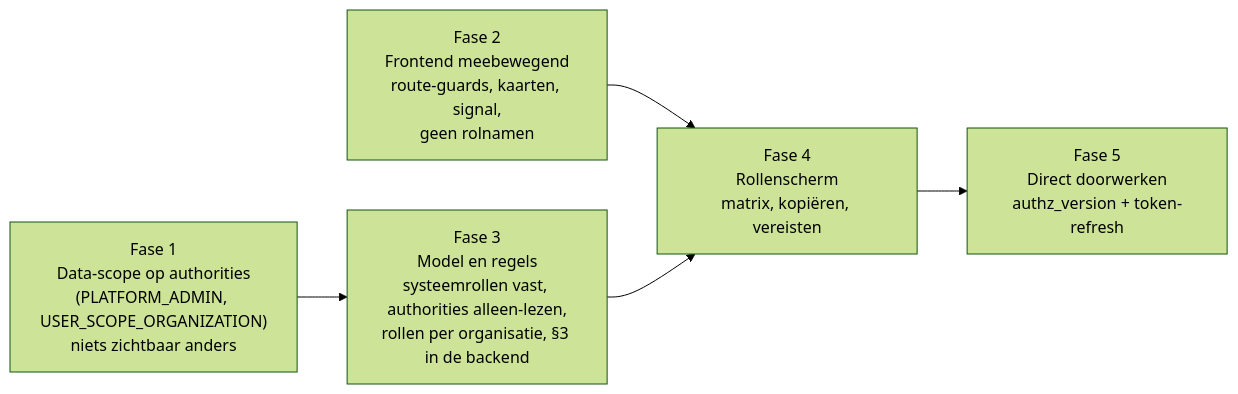
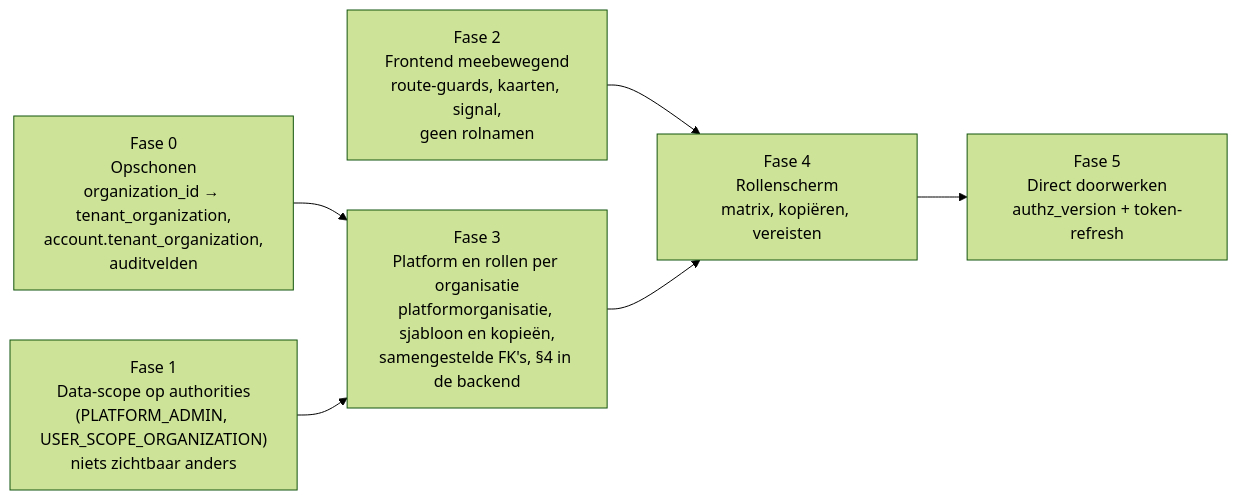
Before and after one commit to kbosma/rds: diagram 12 of 12 in docs/voorstel-eigen-rollen.md, drawn with Mermaid (forest theme). The commit also changed other lines of this file and 1 other file, not shown here.

Commit message:
docs: voorstel eigen rollen met platformorganisatie, rollen per organisatie (kopieën van systeemrollen), naamgeving en auditvelden

````diff
--- a/docs/voorstel-eigen-rollen.md
+++ b/docs/voorstel-eigen-rollen.md
@@ -384,12 +617,14 @@
 ```mermaid
 flowchart LR
+    F0["Fase 0<br/>Opschonen<br/>organization_id → tenant_organization,<br/>account.tenant_organization,<br/>auditvelden"]
     F1["Fase 1<br/>Data-scope op authorities<br/>(PLATFORM_ADMIN, USER_SCOPE_ORGANIZATION)<br/>niets zichtbaar anders"]
     F2["Fase 2<br/>Frontend meebewegend<br/>route-guards, kaarten, signal,<br/>geen rolnamen"]
-    F3["Fase 3<br/>Model en regels<br/>systeemrollen vast, authorities alleen-lezen,<br/>rollen per organisatie, §3 in de backend"]
+    F3["Fase 3<br/>Platform en rollen per organisatie<br/>platformorganisatie, sjabloon en kopieën,<br/>samengestelde FK's, §4 in de backend"]
     F4["Fase 4<br/>Rollenscherm<br/>matrix, kopiëren, vereisten"]
     F5["Fase 5<br/>Direct doorwerken<br/>authz_version + token-refresh"]
+    F0 --> F3
     F1 --> F3
     F2 --> F4
     F3 --> F4
     F4 --> F5
 ```
````
